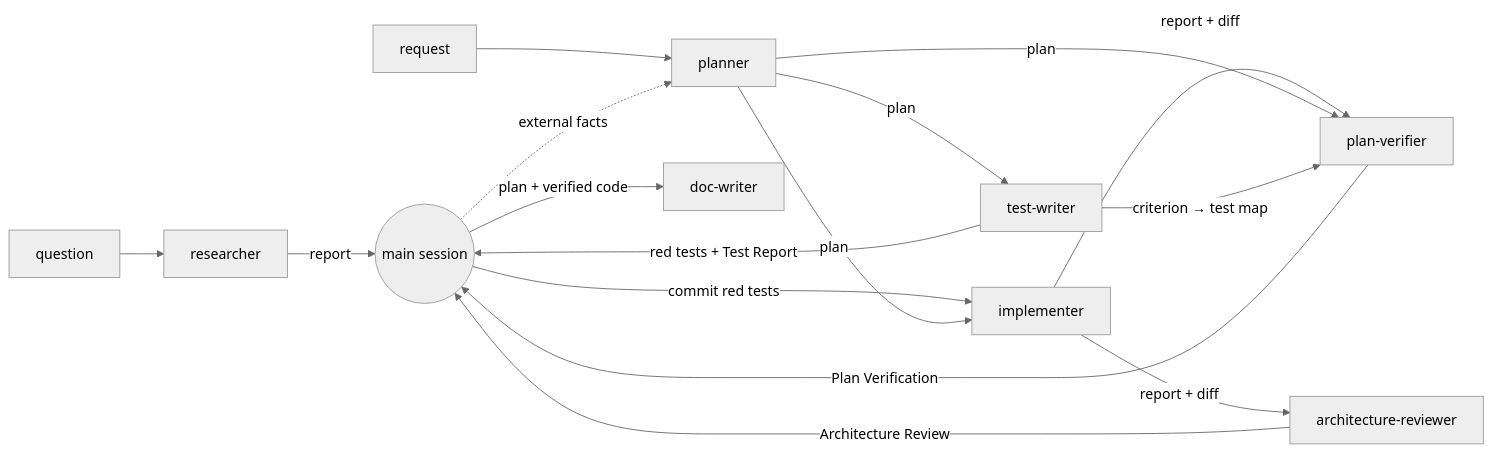
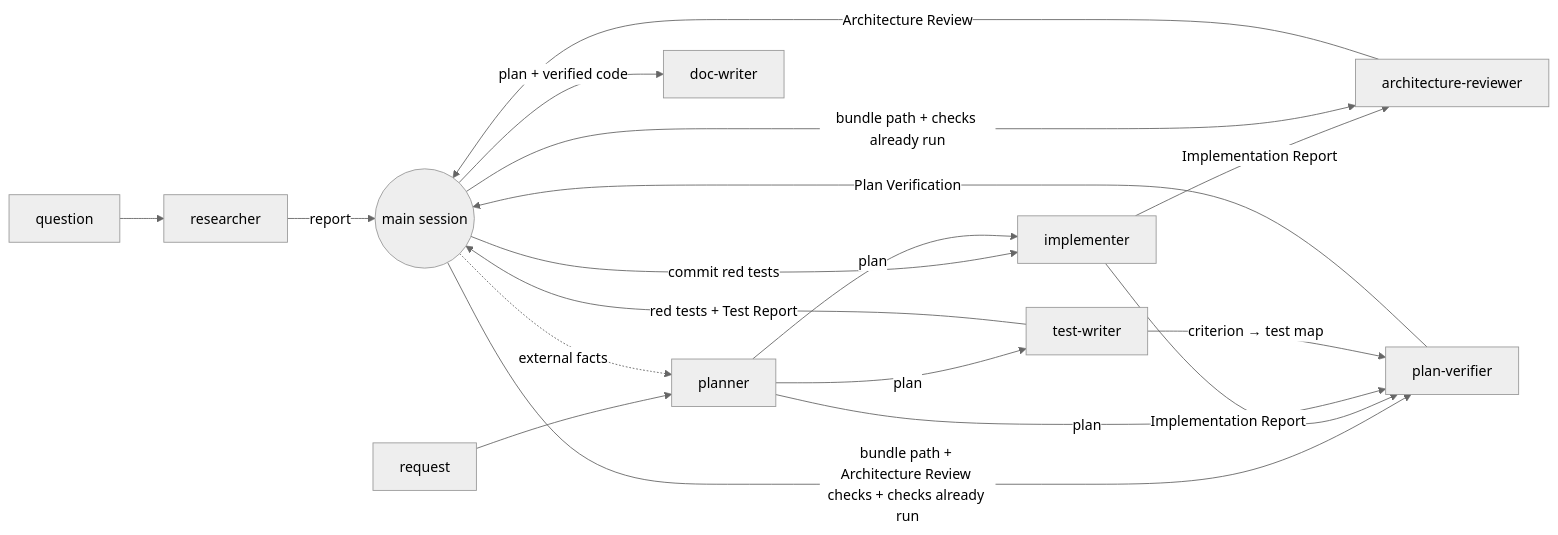
One commit to HlibHav/dev-digest changed the diagram in .claude/agents/README.md. Above: the diagram before and after it, drawn with Mermaid (neutral theme). The commit also changed other lines of this file and 2 other files, not shown here.

First line of the commit message:
docs(agents): reviewers run in sequence and reuse checks already run

````diff
--- a/.claude/agents/README.md
+++ b/.claude/agents/README.md
@@ -31,17 +31,19 @@
 ```mermaid
 flowchart LR
   Q[question] --> R[researcher] -- report --> S((main session))
   REQ[request] --> P[planner]
   S -. external facts .-> P
   P -- plan --> TW[test-writer]
   TW -- red tests + Test Report --> S
   S -- commit red tests --> I[implementer]
   P -- plan --> I
-  I -- report + diff --> AR[architecture-reviewer]
-  I -- report + diff --> PV[plan-verifier]
+  I -- Implementation Report --> AR[architecture-reviewer]
+  S -- bundle path + checks already run --> AR
+  AR -- Architecture Review --> S
+  S -- bundle path + Architecture Review checks + checks already run --> PV[plan-verifier]
+  I -- Implementation Report --> PV
   P -- plan --> PV
   TW -- criterion → test map --> PV
-  AR -- Architecture Review --> S
   PV -- Plan Verification --> S
   S -- plan + verified code --> DW[doc-writer]
 ```
````
